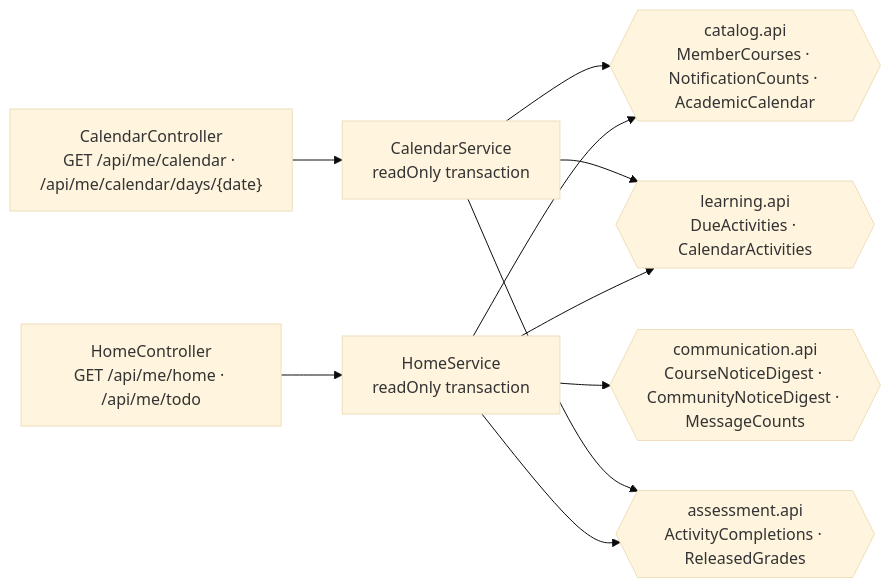
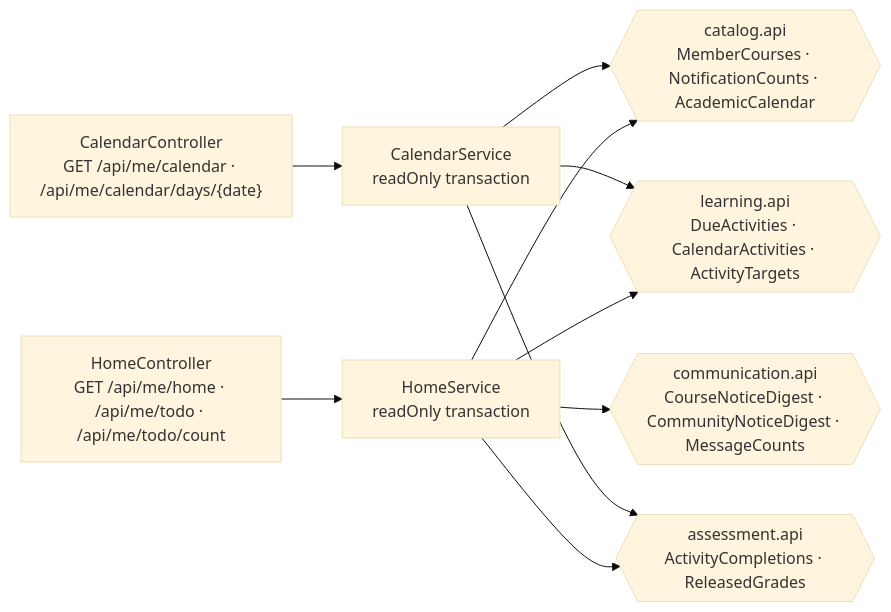
Diagram 15 of 18 in backend/docs/c4.md (2026ENDPoinT/team13), drawn with Mermaid (base theme) before and after one commit. The commit also changed other lines of this file, not shown here.

````diff
--- a/backend/docs/c4.md
+++ b/backend/docs/c4.md
@@ -566,15 +579,15 @@
 ```mermaid
 flowchart LR
-  HC["HomeController<br/>GET /api/me/home · /api/me/todo"]
+  HC["HomeController<br/>GET /api/me/home · /api/me/todo · /api/me/todo/count"]
   CC["CalendarController<br/>GET /api/me/calendar · /api/me/calendar/days/{date}"]
   HS["HomeService<br/>readOnly transaction"]
   CS["CalendarService<br/>readOnly transaction"]
   CAT{{"catalog.api<br/>MemberCourses · NotificationCounts · AcademicCalendar"}}
-  LRN{{"learning.api<br/>DueActivities · CalendarActivities"}}
+  LRN{{"learning.api<br/>DueActivities · CalendarActivities · ActivityTargets"}}
   ASM{{"assessment.api<br/>ActivityCompletions · ReleasedGrades"}}
   COM{{"communication.api<br/>CourseNoticeDigest · CommunityNoticeDigest · MessageCounts"}}
   HC --> HS
   CC --> CS
   HS --> CAT & LRN & ASM & COM
   CS --> CAT & LRN & ASM
 ```
````
